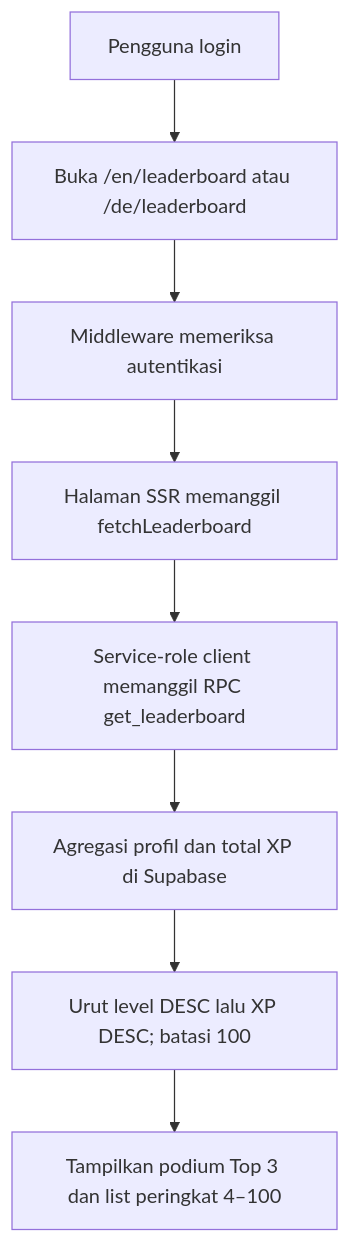
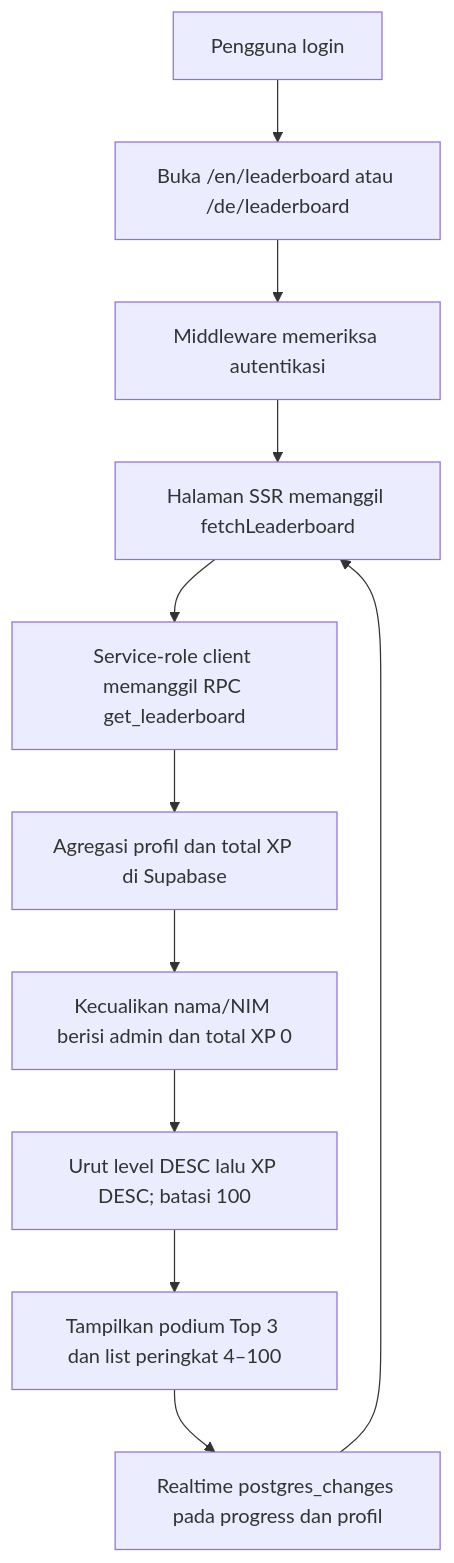
One commit to nandayudhistirawibowo/NdUniverse changed diagram 14 of 19 in FLOWCHART.md. Above: the diagram before and after it, drawn with Mermaid. The commit also changed other lines of this file and 12 other files, not shown here.

````diff
--- a/FLOWCHART.md
+++ b/FLOWCHART.md
@@ -261,10 +267,13 @@
 ```mermaid
 flowchart TD
     A[Pengguna login] --> B[Buka /en/leaderboard atau /de/leaderboard]
     B --> C[Middleware memeriksa autentikasi]
     C --> D[Halaman SSR memanggil fetchLeaderboard]
     D --> E[Service-role client memanggil RPC get_leaderboard]
     E --> F[Agregasi profil dan total XP di Supabase]
-    F --> G[Urut level DESC lalu XP DESC; batasi 100]
-    G --> H[Tampilkan podium Top 3 dan list peringkat 4–100]
+    F --> G[Kecualikan nama/NIM berisi admin dan total XP 0]
+    G --> H[Urut level DESC lalu XP DESC; batasi 100]
+    H --> I[Tampilkan podium Top 3 dan list peringkat 4–100]
+    I --> J[Realtime postgres_changes pada progress dan profil]
+    J --> D
 ```
````
